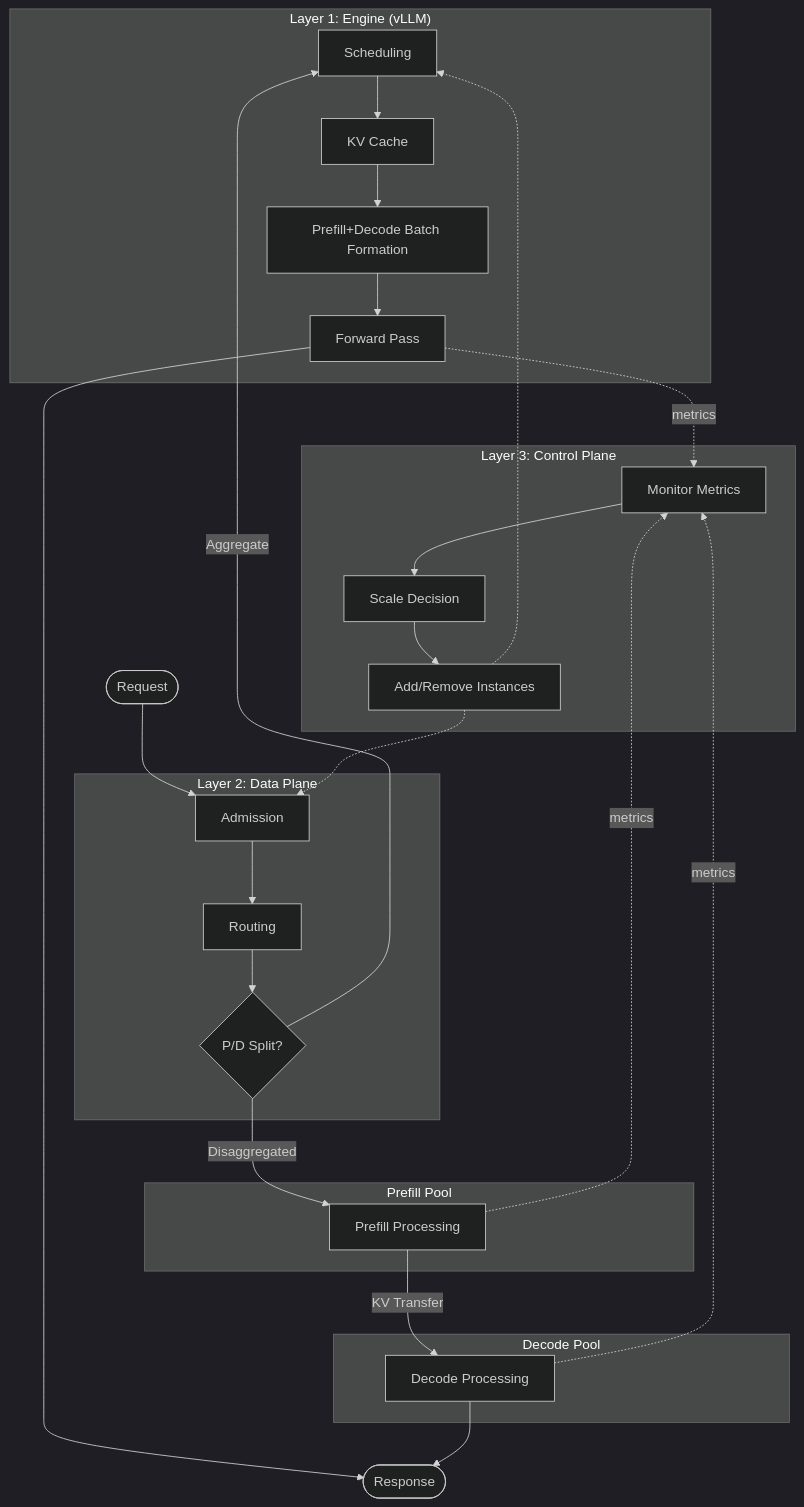
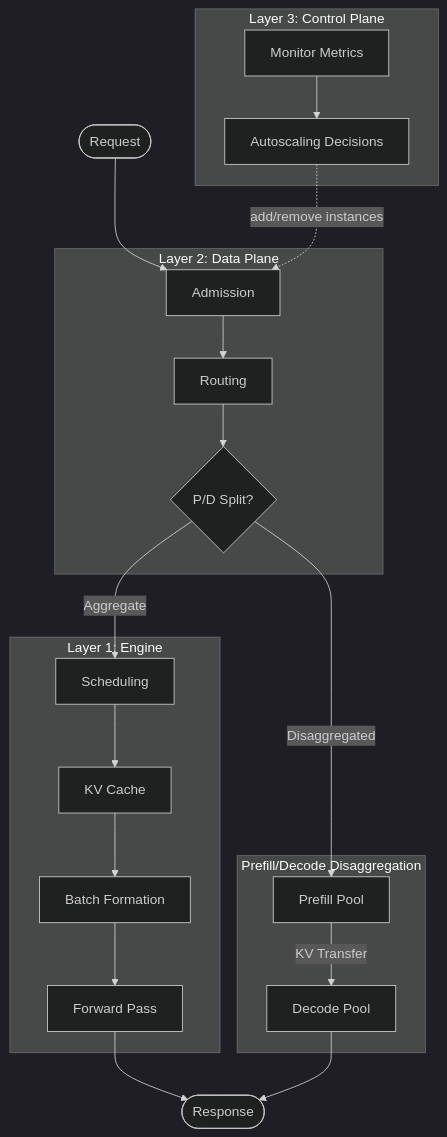
The first of 3 diagrams in docs/blog/posts/building-trust-physics-of-simulation.md (inference-sim/inference-sim), drawn with Mermaid (dark theme) before and after one commit. The commit also changed other lines of this file, not shown here.

First line of the commit message:
docs(blog): address namasluk review comments and diagram improvements

````diff
--- a/docs/blog/posts/building-trust-physics-of-simulation.md
+++ b/docs/blog/posts/building-trust-physics-of-simulation.md
@@ -45,45 +45,41 @@
 ```mermaid
 flowchart TB
-    subgraph Layer1["Layer 1: Engine (vLLM)"]
-        Sched[Scheduling]
-        KV[KV Cache]
-        Batch[Prefill+Decode Batch Formation]
-        Step[Forward Pass]
-        Sched --> KV --> Batch --> Step
-    end
+    Request([Request])
 
     subgraph Layer2["Layer 2: Data Plane"]
         Admit[Admission]
         Route[Routing]
         PD{P/D Split?}
         Admit --> Route
         Route --> PD
     end
 
-    subgraph PrefillPool["Prefill Pool"]
-        PF[Prefill Processing]
+    subgraph Layer1["Layer 1: Engine"]
+        Sched[Scheduling]
+        KV[KV Cache]
+        Batch[Batch Formation]
+        Step[Forward Pass]
+        Sched --> KV --> Batch --> Step
     end
 
-    subgraph DecodePool["Decode Pool"]
-        Dec[Decode Processing]
+    subgraph Disagg["Prefill/Decode Disaggregation"]
+        PF[Prefill Pool]
+        Dec[Decode Pool]
+        PF -->|KV Transfer| Dec
     end
+
+    Response([Response])
 
     subgraph Layer3["Layer 3: Control Plane"]
         Monitor[Monitor Metrics]
-        Decide[Scale Decision]
-        Actuate[Add/Remove Instances]
-        Monitor --> Decide --> Actuate
+        Scale[Autoscaling Decisions]
+        Monitor --> Scale
     end
 
-    Request([Request]) --> Admit
+    Request --> Admit
     PD -->|Aggregate| Sched
     PD -->|Disaggregated| PF
-    PF -->|KV Transfer| Dec
-    Step --> Response([Response])
+    Step --> Response
     Dec --> Response
-    Actuate -.-> Admit
-    Actuate -.-> Sched
-    Step -.->|metrics| Monitor
-    PF -.->|metrics| Monitor
-    Dec -.->|metrics| Monitor
+    Scale -.->|add/remove instances| Admit
 ```
````
